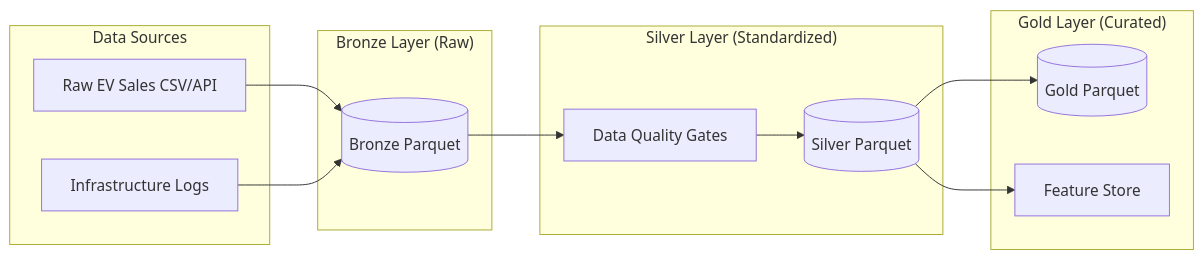
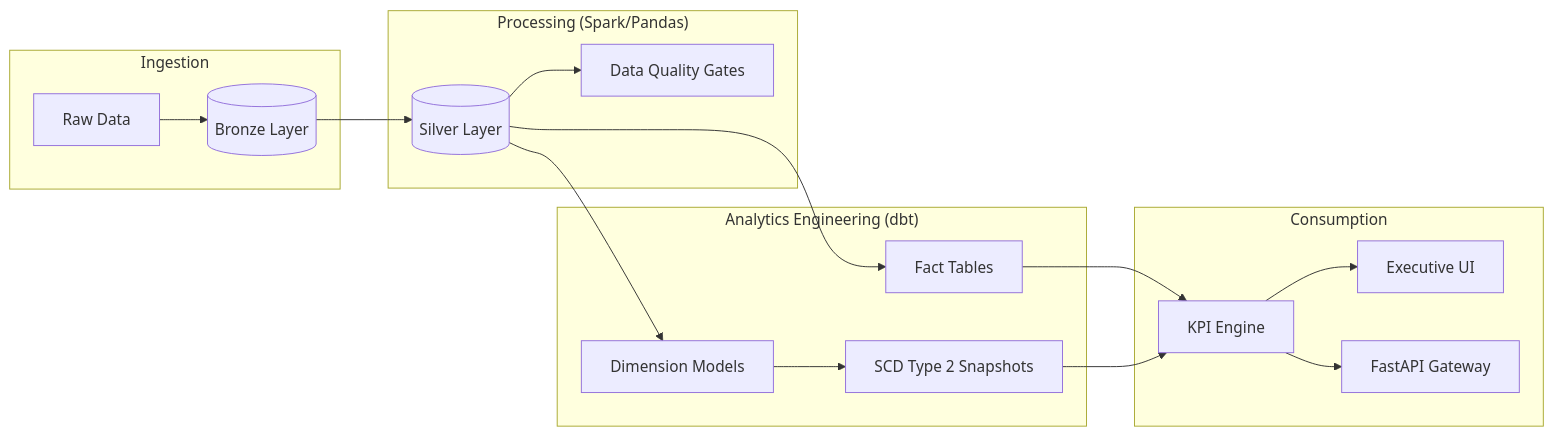
The diagram in README.md (prachichoudhary2004/EV-Intelligence-Analytics-Platform), drawn with Mermaid before and after one commit. The commit also changed other lines of this file and 1 other file, not shown here.

````diff
--- a/README.md
+++ b/README.md
@@ -19,27 +23,24 @@
 ```mermaid
 graph LR
-    subgraph "Data Sources"
-        DS[Raw EV Sales CSV/API]
-        IS[Infrastructure Logs]
+    subgraph "Ingestion"
+        RAW[Raw Data] --> BRZ[(Bronze Layer)]
     end
 
-    subgraph "Bronze Layer (Raw)"
-        B[(Bronze Parquet)]
+    subgraph "Processing (Spark/Pandas)"
+        BRZ --> SIL[(Silver Layer)]
+        SIL --> DQ[Data Quality Gates]
     end
 
-    subgraph "Silver Layer (Standardized)"
-        S[(Silver Parquet)]
-        DQ[Data Quality Gates]
+    subgraph "Analytics Engineering (dbt)"
+        SIL --> DIM[Dimension Models]
+        SIL --> FCT[Fact Tables]
+        DIM --> SNP[SCD Type 2 Snapshots]
     end
 
-    subgraph "Gold Layer (Curated)"
-        G[(Gold Parquet)]
-        FT[Feature Store]
+    subgraph "Consumption"
+        FCT --> KPI[KPI Engine]
+        SNP --> KPI
+        KPI --> Dashboard[Executive UI]
+        KPI --> API[FastAPI Gateway]
     end
-
-    DS --> B
-    IS --> B
-    B --> DQ --> S
-    S --> G
-    S --> FT
 ```
````
